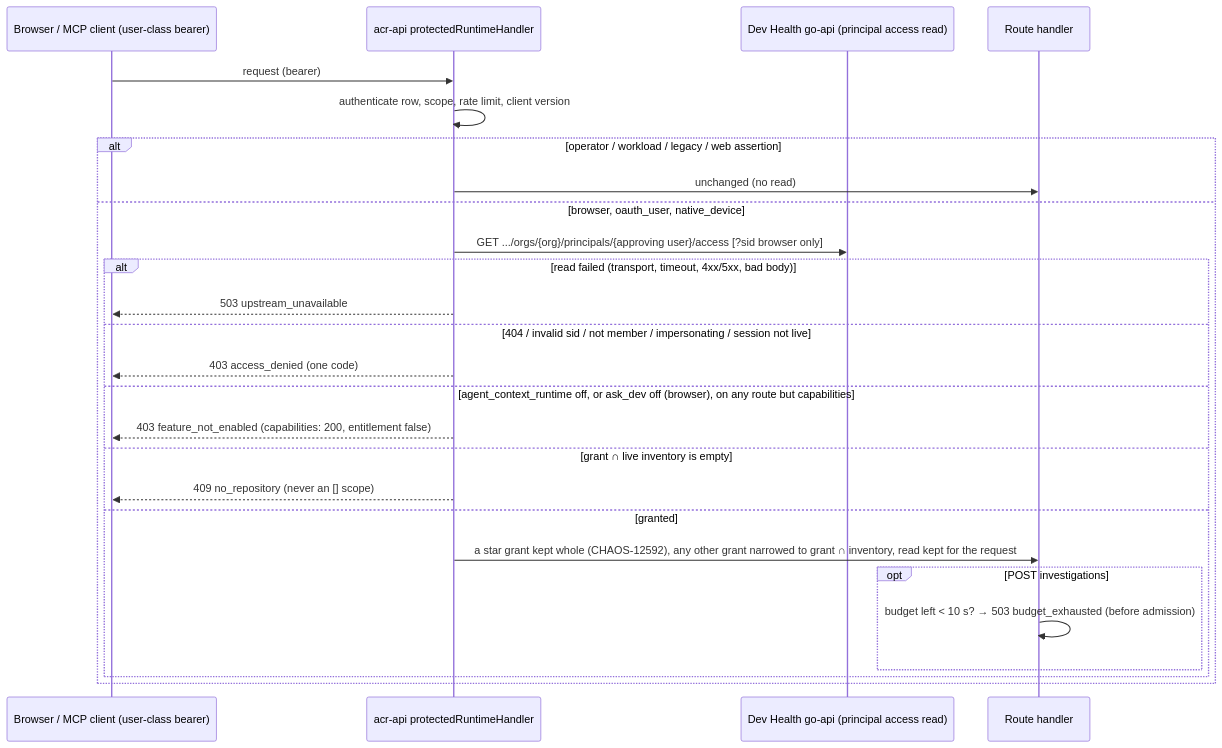
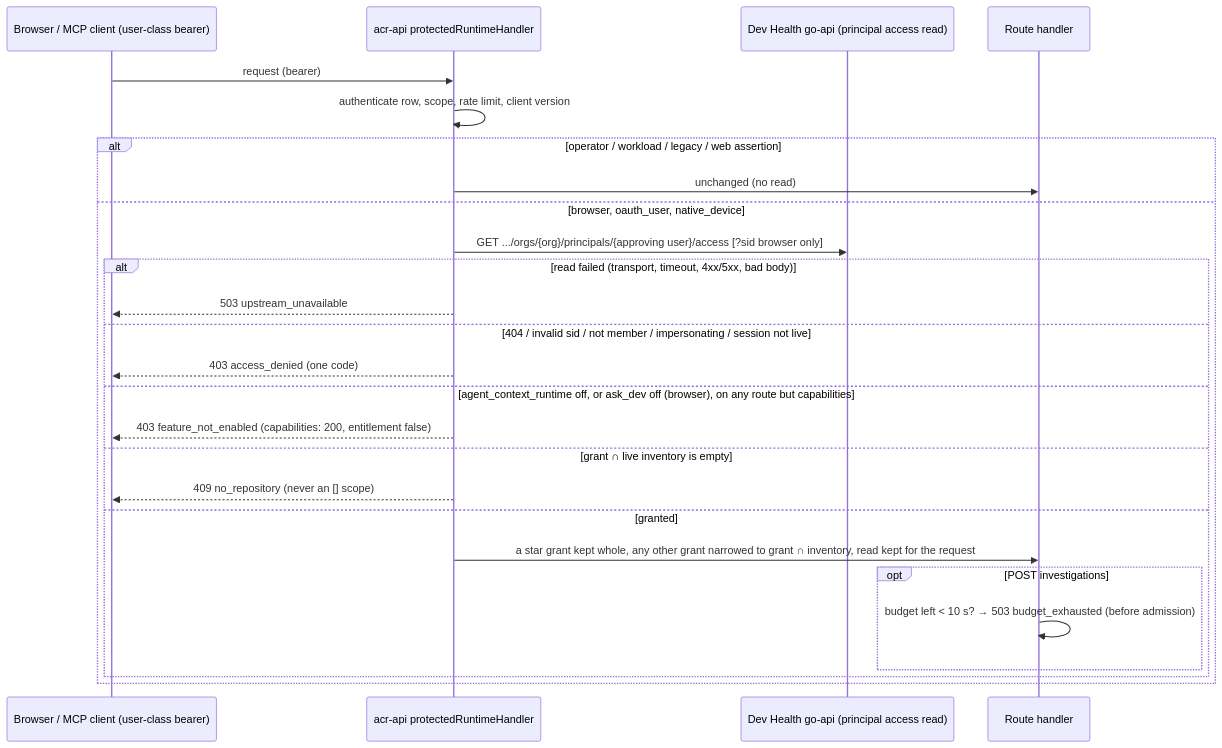
Before and after one commit to full-chaos/dev-health-acr: diagram 38 of 39 in docs/design/context-fabric-architecture-diagrams.md, drawn with Mermaid. The commit also changed other lines of this file and 61 other files, not shown here.

````diff
--- a/docs/design/context-fabric-architecture-diagrams.md
+++ b/docs/design/context-fabric-architecture-diagrams.md
@@ -4210,29 +4210,29 @@
 ```mermaid
 sequenceDiagram
   participant C as Browser / MCP client (user-class bearer)
   participant A as acr-api protectedRuntimeHandler
   participant O as Dev Health go-api (principal access read)
   participant H as Route handler
 
   C->>A: request (bearer)
   A->>A: authenticate row, scope, rate limit, client version
   alt operator / workload / legacy / web assertion
     A->>H: unchanged (no read)
   else browser, oauth_user, native_device
     A->>O: GET .../orgs/{org}/principals/{approving user}/access [?sid browser only]
     alt read failed (transport, timeout, 4xx/5xx, bad body)
       A-->>C: 503 upstream_unavailable
     else 404 / invalid sid / not member / impersonating / session not live
       A-->>C: 403 access_denied (one code)
     else agent_context_runtime off, or ask_dev off (browser), on any route but capabilities
       A-->>C: 403 feature_not_enabled (capabilities: 200, entitlement false)
     else grant ∩ live inventory is empty
       A-->>C: 409 no_repository (never an [] scope)
     else granted
-      A->>H: a star grant kept whole (CHAOS-12592), any other grant narrowed to grant ∩ inventory, read kept for the request
+      A->>H: a star grant kept whole, any other grant narrowed to grant ∩ inventory, read kept for the request
       opt POST investigations
         H->>H: budget left < 10 s? → 503 budget_exhausted (before admission)
       end
     end
   end
 ```
````
